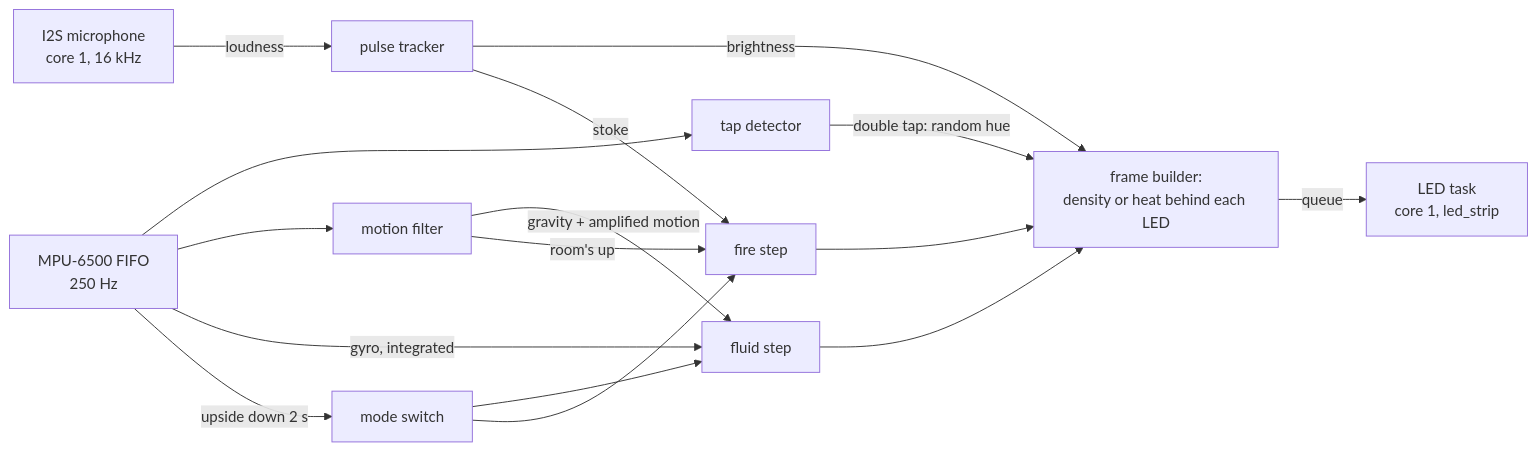
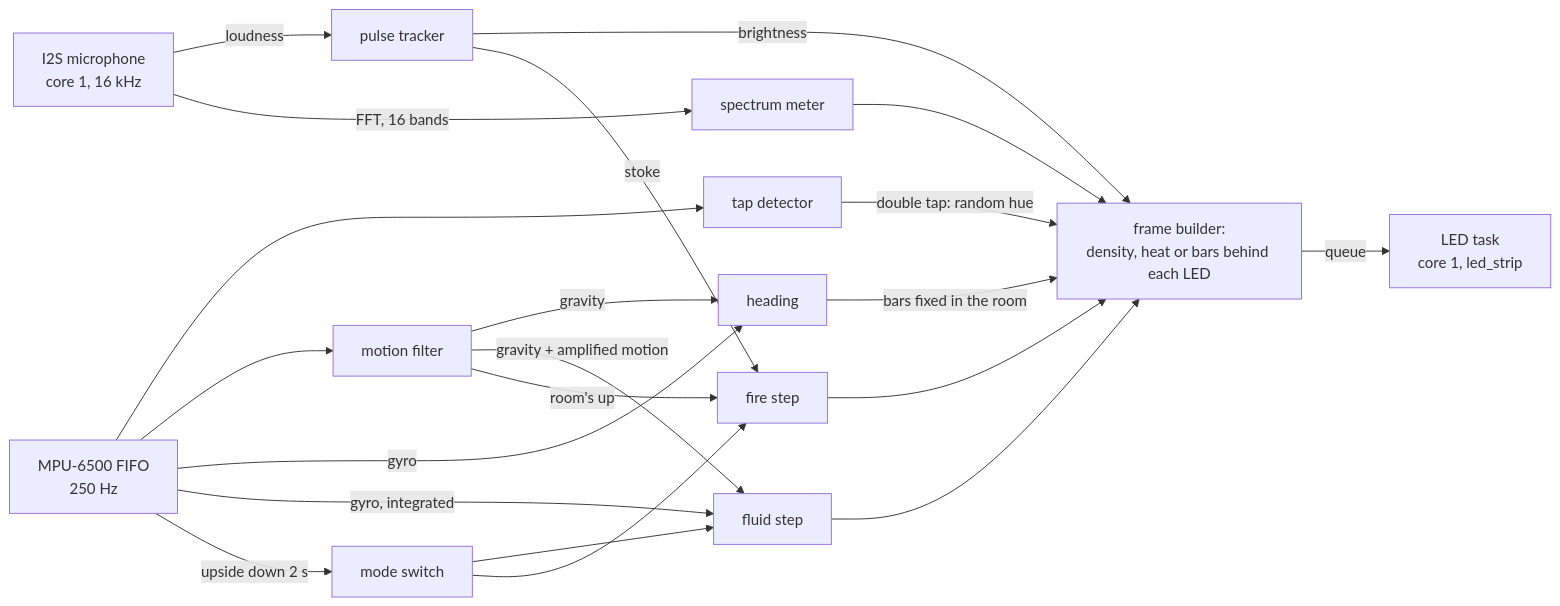
One commit to psytraxx/gravity-hat-espidf changed the second of 2 diagrams in README.md. Above: the diagram before and after it, drawn with Mermaid. The commit also changed other lines of this file and 13 other files, not shown here.

First line of the commit message:
Add a spectrum mode that stays fixed in the room

````diff
--- a/README.md
+++ b/README.md
@@ -296,18 +297,23 @@
 ```mermaid
 flowchart LR
     IMU[MPU-6500 FIFO<br/>250 Hz] --> TAP[tap detector]
     IMU --> MF[motion filter]
     TAP -->|double tap: random hue| FB
     MIC[I2S microphone<br/>core 1, 16 kHz] -->|loudness| PULSE[pulse tracker]
+    MIC -->|FFT, 16 bands| METER[spectrum meter]
+    METER --> FB
+    MF -->|gravity| HEAD[heading]
+    IMU -->|gyro| HEAD
+    HEAD -->|bars fixed in the room| FB
     PULSE -->|brightness| FB
     MF -->|gravity + amplified motion| FX[fluid step]
     IMU -->|gyro, integrated| FX
     IMU -->|upside down 2 s| MODE[mode switch]
     MODE --> FX
     MODE --> FIRE
     MF -->|room's up| FIRE[fire step]
     PULSE -->|stoke| FIRE
     FIRE --> FB
-    FX --> FB[frame builder:<br/>density or heat behind each LED]
+    FX --> FB[frame builder:<br/>density, heat or bars behind each LED]
     FB -->|queue| LED[LED task<br/>core 1, led_strip]
 ```
````
